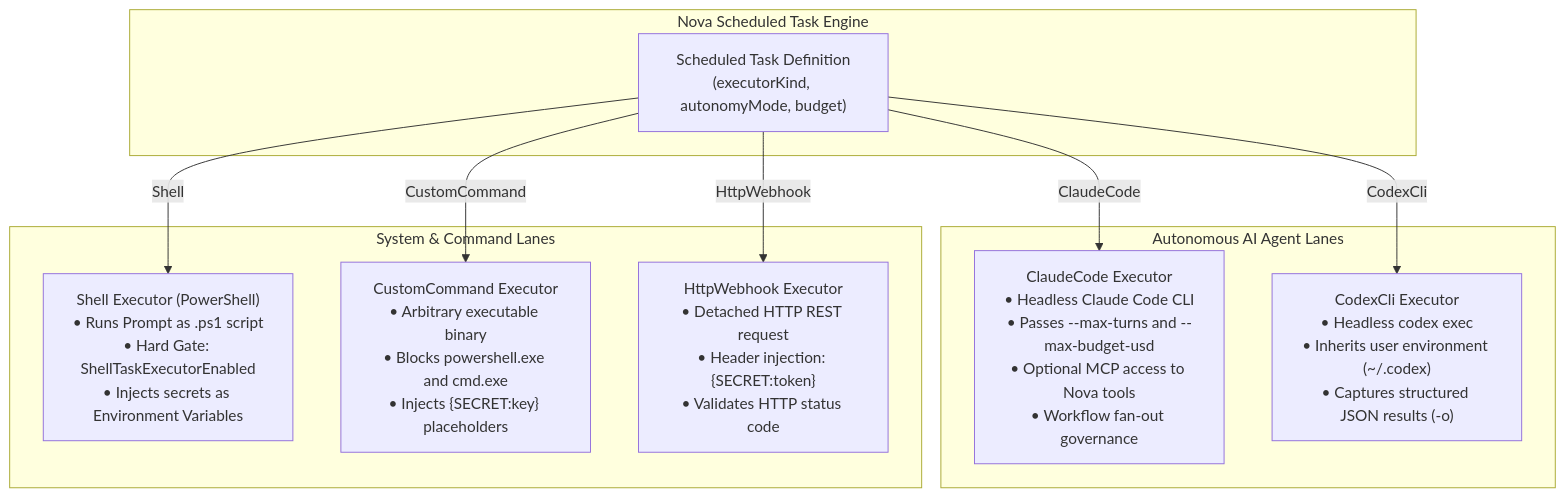
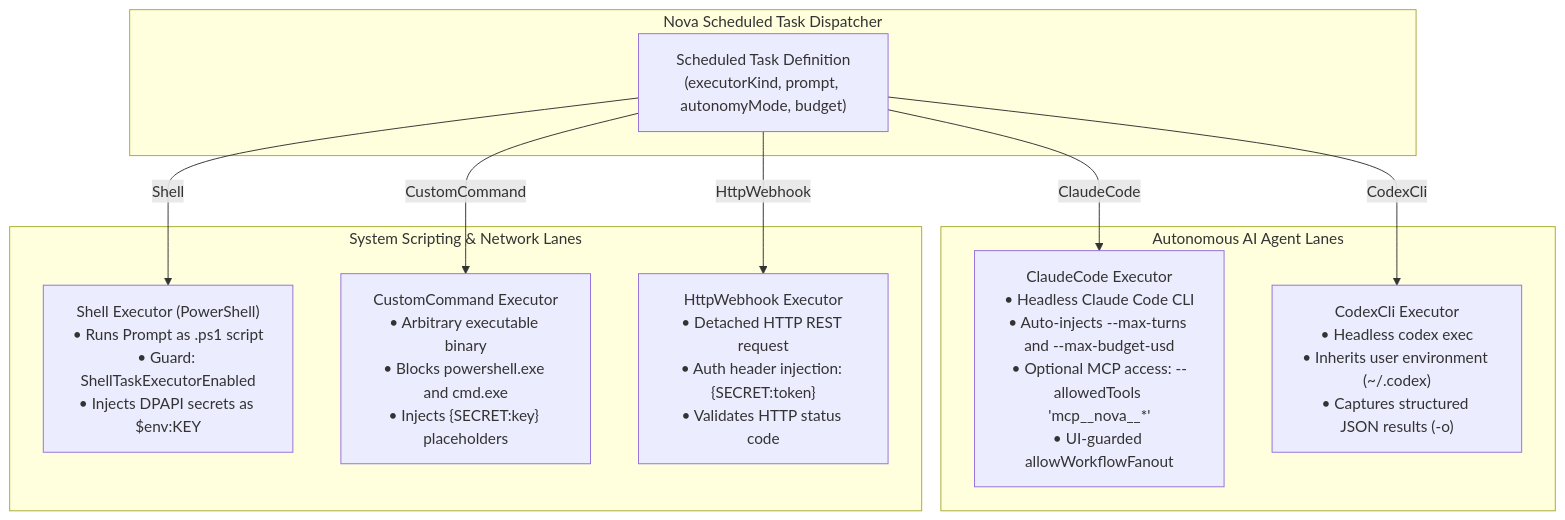
One commit to joelaniol/nova changed the diagram in docs/core-features/scheduled-tasks/executors-and-autonomy/README.md. Above: the diagram before and after it, drawn with Mermaid. The commit also changed other lines of this file and 128 other files, not shown here.

````diff
--- a/docs/core-features/scheduled-tasks/executors-and-autonomy/README.md
+++ b/docs/core-features/scheduled-tasks/executors-and-autonomy/README.md
@@ -13,23 +36,23 @@
 ```mermaid
 flowchart TD
-    subgraph EngineDispatcher ["Nova Scheduled Task Engine"]
-        TaskDef["Scheduled Task Definition<br/>(executorKind, autonomyMode, budget)"]
+    subgraph EngineDispatcher ["Nova Scheduled Task Dispatcher"]
+        TaskDef["Scheduled Task Definition<br/>(executorKind, prompt, autonomyMode, budget)"]
     end
 
     subgraph AIEngines ["Autonomous AI Agent Lanes"]
-        ClaudeLane["ClaudeCode Executor<br/>• Headless Claude Code CLI<br/>• Passes --max-turns and --max-budget-usd<br/>• Optional MCP access to Nova tools<br/>• Workflow fan-out governance"]
+        ClaudeLane["ClaudeCode Executor<br/>• Headless Claude Code CLI<br/>• Auto-injects --max-turns and --max-budget-usd<br/>• Optional MCP access: --allowedTools 'mcp__nova__*'<br/>• UI-guarded allowWorkflowFanout"]
         CodexLane["CodexCli Executor<br/>• Headless codex exec<br/>• Inherits user environment (~/.codex)<br/>• Captures structured JSON results (-o)"]
     end
 
-    subgraph SystemEngines ["System & Command Lanes"]
-        ShellLane["Shell Executor (PowerShell)<br/>• Runs Prompt as .ps1 script<br/>• Hard Gate: ShellTaskExecutorEnabled<br/>• Injects secrets as Environment Variables"]
+    subgraph SystemEngines ["System Scripting & Network Lanes"]
+        ShellLane["Shell Executor (PowerShell)<br/>• Runs Prompt as .ps1 script<br/>• Guard: ShellTaskExecutorEnabled<br/>• Injects DPAPI secrets as $env:KEY"]
         CustomLane["CustomCommand Executor<br/>• Arbitrary executable binary<br/>• Blocks powershell.exe and cmd.exe<br/>• Injects {SECRET:key} placeholders"]
-        HttpLane["HttpWebhook Executor<br/>• Detached HTTP REST request<br/>• Header injection: {SECRET:token}<br/>• Validates HTTP status code"]
+        HttpLane["HttpWebhook Executor<br/>• Detached HTTP REST request<br/>• Auth header injection: {SECRET:token}<br/>• Validates HTTP status code"]
     end
 
     TaskDef -->|"ClaudeCode"| ClaudeLane
     TaskDef -->|"CodexCli"| CodexLane
     TaskDef -->|"Shell"| ShellLane
     TaskDef -->|"CustomCommand"| CustomLane
     TaskDef -->|"HttpWebhook"| HttpLane
 ```
````
